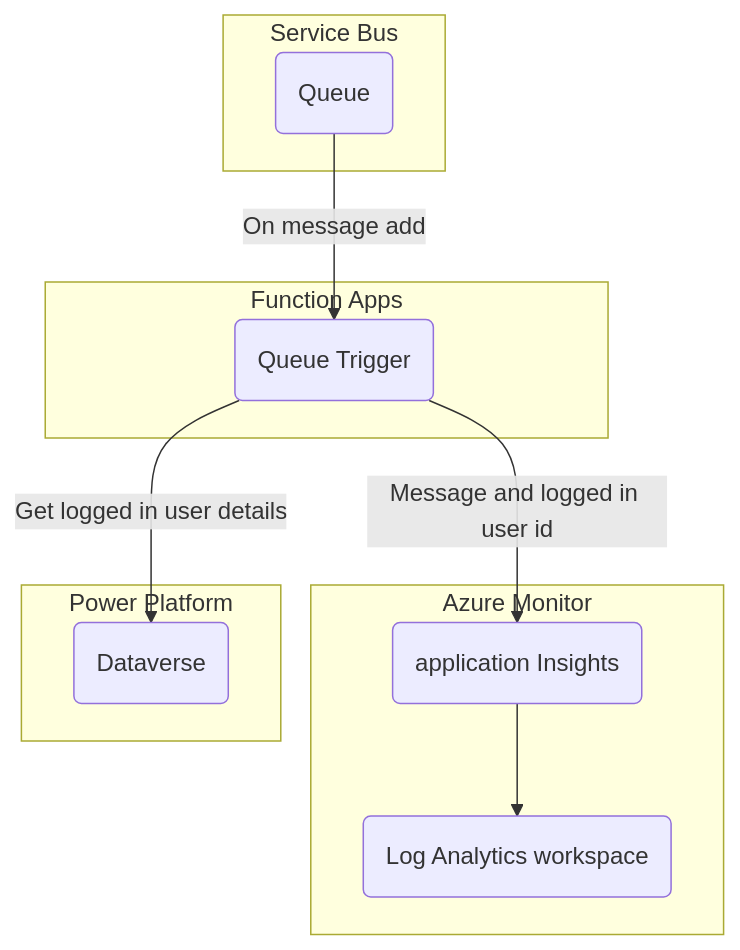
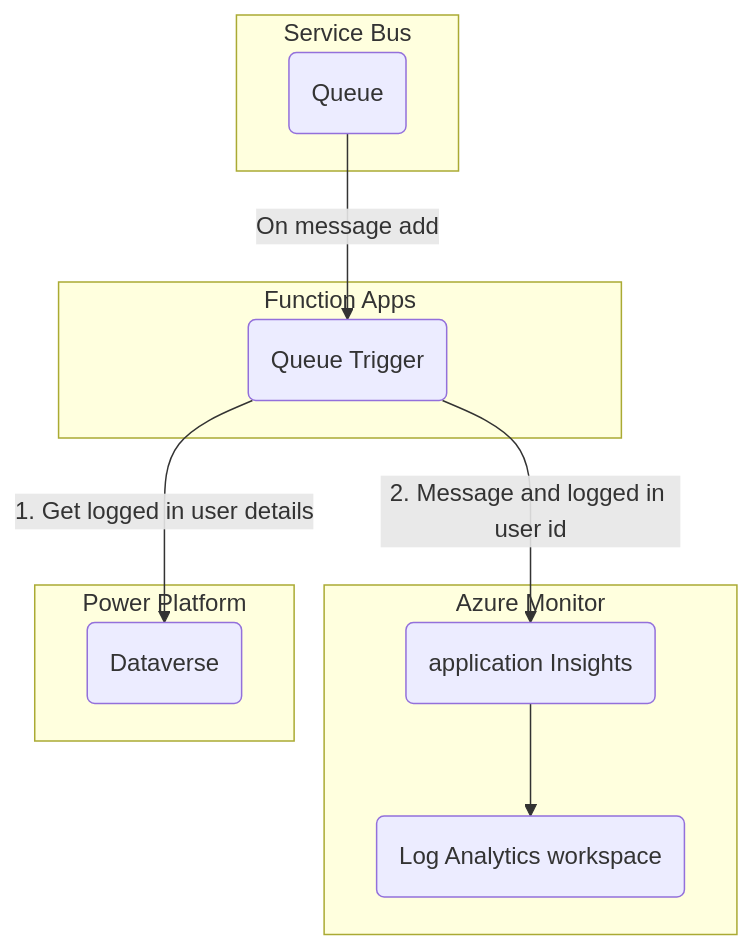
One commit to TopGuru777/Azure_Traverse_integration changed the diagram in docs/A1-Architecture.md. Above: the diagram before and after it, drawn with Mermaid.

Commit message:
Small update in diagram in architecture doc page

````diff
--- a/docs/A1-Architecture.md
+++ b/docs/A1-Architecture.md
@@ -9,24 +9,24 @@
 ```mermaid
 graph TB
     subgraph Function Apps
         sbTrigger
     end
 
     subgraph Service Bus
         sb(Queue)
         sb-->|On message add|sbTrigger(Queue Trigger)
     end
 
     subgraph Azure Monitor
         ai(application Insights)
         la(Log Analytics workspace)
-        sbTrigger-->|Message and logged in user id|ai
+        sbTrigger-->|2. Message and logged in user id|ai
         ai-->la
     end
 
     subgraph Power Platform
         dataverse(Dataverse)
-        sbTrigger-->|Get logged in user details|dataverse
+        sbTrigger-->|1. Get logged in user details|dataverse
     end
 
 ```
````
